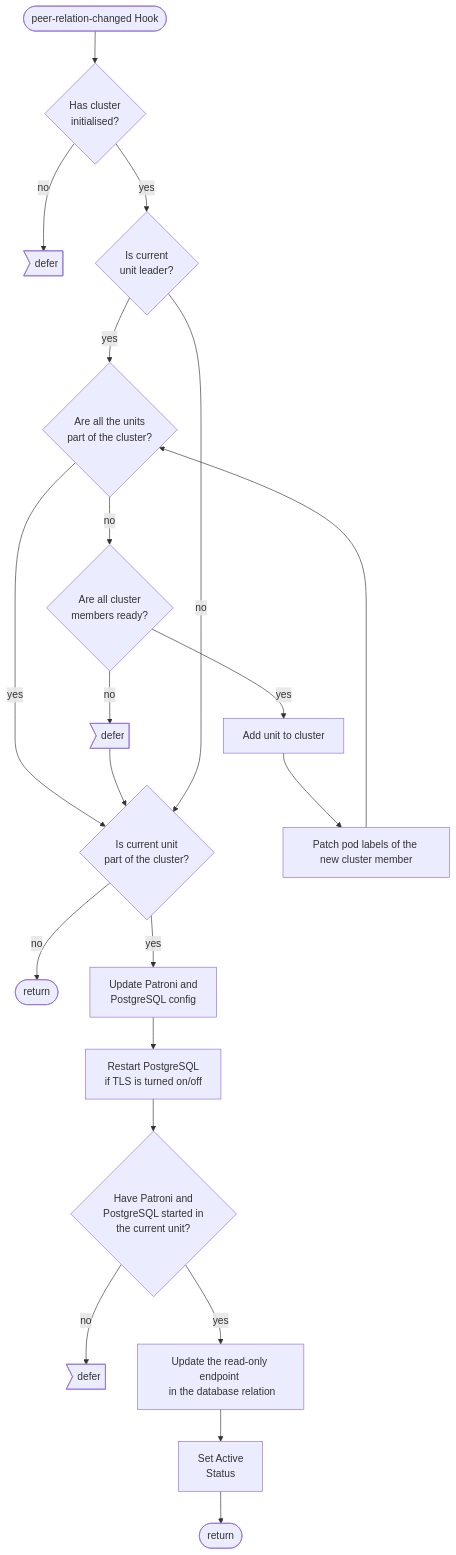
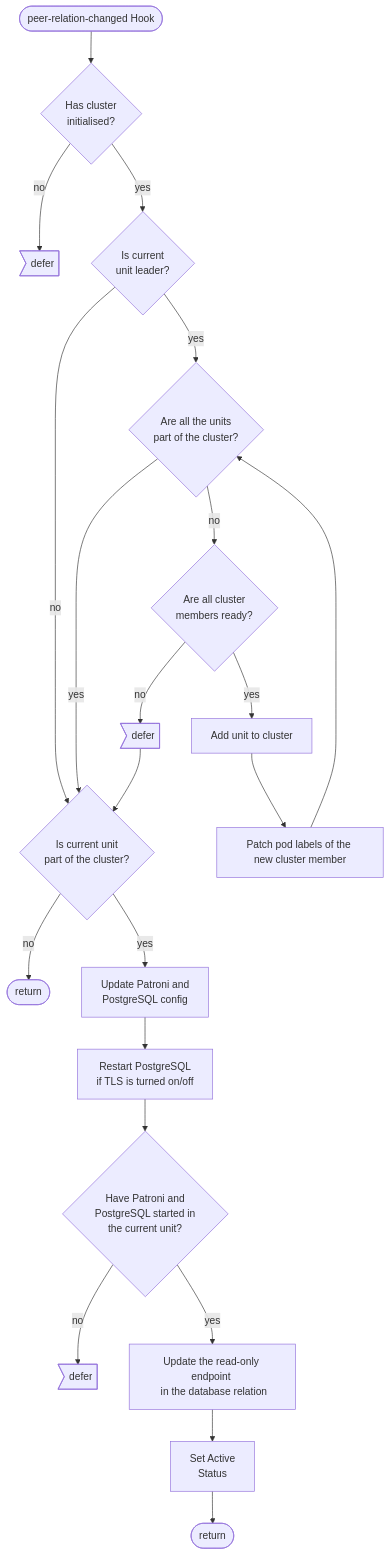
Before and after one commit to canonical/postgresql-k8s-operator: the first of 2 diagrams in documentation/reference/relations/peers.md, drawn with Mermaid. The commit also changed other lines of this file, not shown here.

Commit message:
Fix order of steps to make the flowchart cleaner

````diff
--- a/documentation/reference/relations/peers.md
+++ b/documentation/reference/relations/peers.md
@@ -15,29 +15,29 @@
 ```mermaid
 flowchart TD
   hook_fired([peer-relation-changed Hook]) --> has_cluster_initialised{Has cluster\n initialised?}
   has_cluster_initialised -- no --> defer>defer]
   has_cluster_initialised -- yes --> is_leader{Is current\nunit leader?}
+  is_leader -- no --> is_part_of_cluster{Is current unit \n part of the cluster?}
   is_leader -- yes --> all_units_on_cluster{Are all the units \n part of the cluster?}
   all_units_on_cluster -- yes --> is_part_of_cluster
   all_units_on_cluster -- no --> are_all_members_ready{Are all cluster \n members ready?}
   
   %% This defer should have a return after it to stop the execution.
   are_all_members_ready -- no --> defer2>defer]
   defer2 --> is_part_of_cluster
   
   are_all_members_ready -- yes --> add_unit_to_cluster[Add unit to cluster]
   add_unit_to_cluster --> patch_pod_labels[Patch pod labels of the new cluster member]
   patch_pod_labels --> all_units_on_cluster
-  is_leader -- no --> is_part_of_cluster{Is current unit \n part of the cluster?}
   is_part_of_cluster -- no --> rtn([return])
   is_part_of_cluster -- yes --> update_config[Update Patroni and \n PostgreSQL config \n]
   update_config --> restart_postgresql[Restart PostgreSQL \n if TLS is turned on/off]
   restart_postgresql --> has_member_started{Have Patroni and \n PostgreSQL started in \n the current unit?}
   has_member_started -- no --> defer3>defer]
   
   %% Here also the legacy relations' standby field should be updated.
   has_member_started -- yes --> update_read_only_endpoint[Update the read-only endpoint \n in the database relation]
   update_read_only_endpoint --> set_active[Set Active\n Status]
   
   set_active --> rtn2([return])
 ```
````
